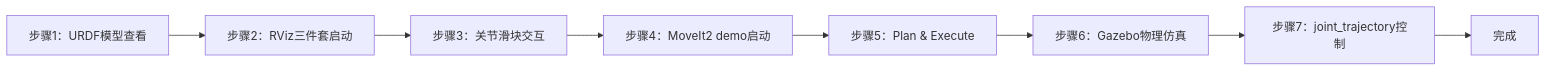
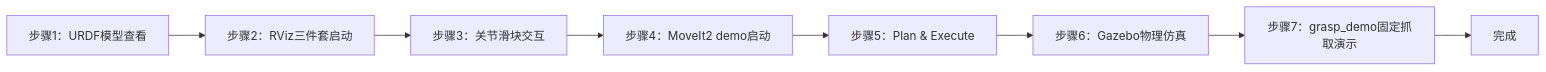
Before and after one commit to aibittek/course_generate_agent: the diagram in courses/sheet1/arm_practice/_parts/experiment-1.md, drawn with Mermaid. The commit also changed other lines of this file and 11 other files, not shown here.

````diff
--- a/courses/sheet1/arm_practice/_parts/experiment-1.md
+++ b/courses/sheet1/arm_practice/_parts/experiment-1.md
@@ -67,10 +82,10 @@
 ```mermaid
 graph LR
     A[步骤1：URDF模型查看] --> B[步骤2：RViz三件套启动]
     B --> C[步骤3：关节滑块交互]
     C --> D[步骤4：MoveIt2 demo启动]
     D --> E[步骤5：Plan & Execute]
     E --> F[步骤6：Gazebo物理仿真]
-    F --> G[步骤7：joint_trajectory控制]
+    F --> G[步骤7：grasp_demo固定抓取演示]
     G --> H[完成]
 ```
````
